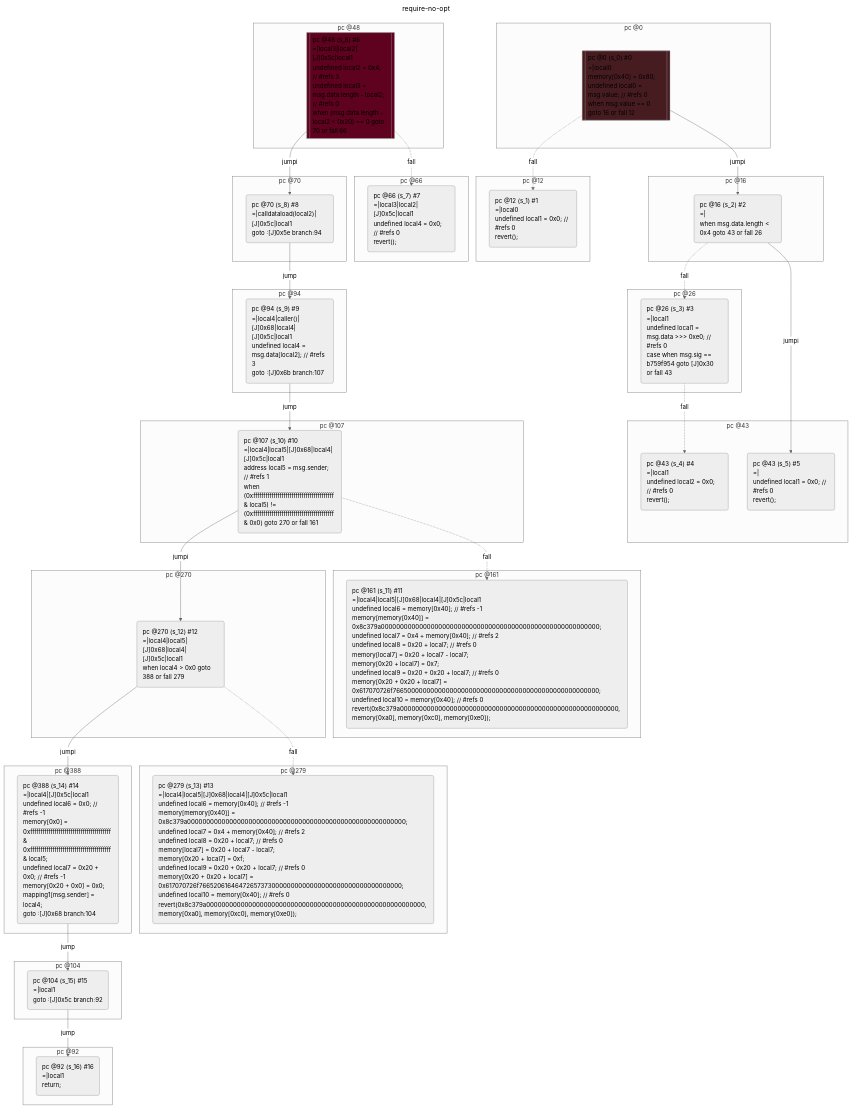
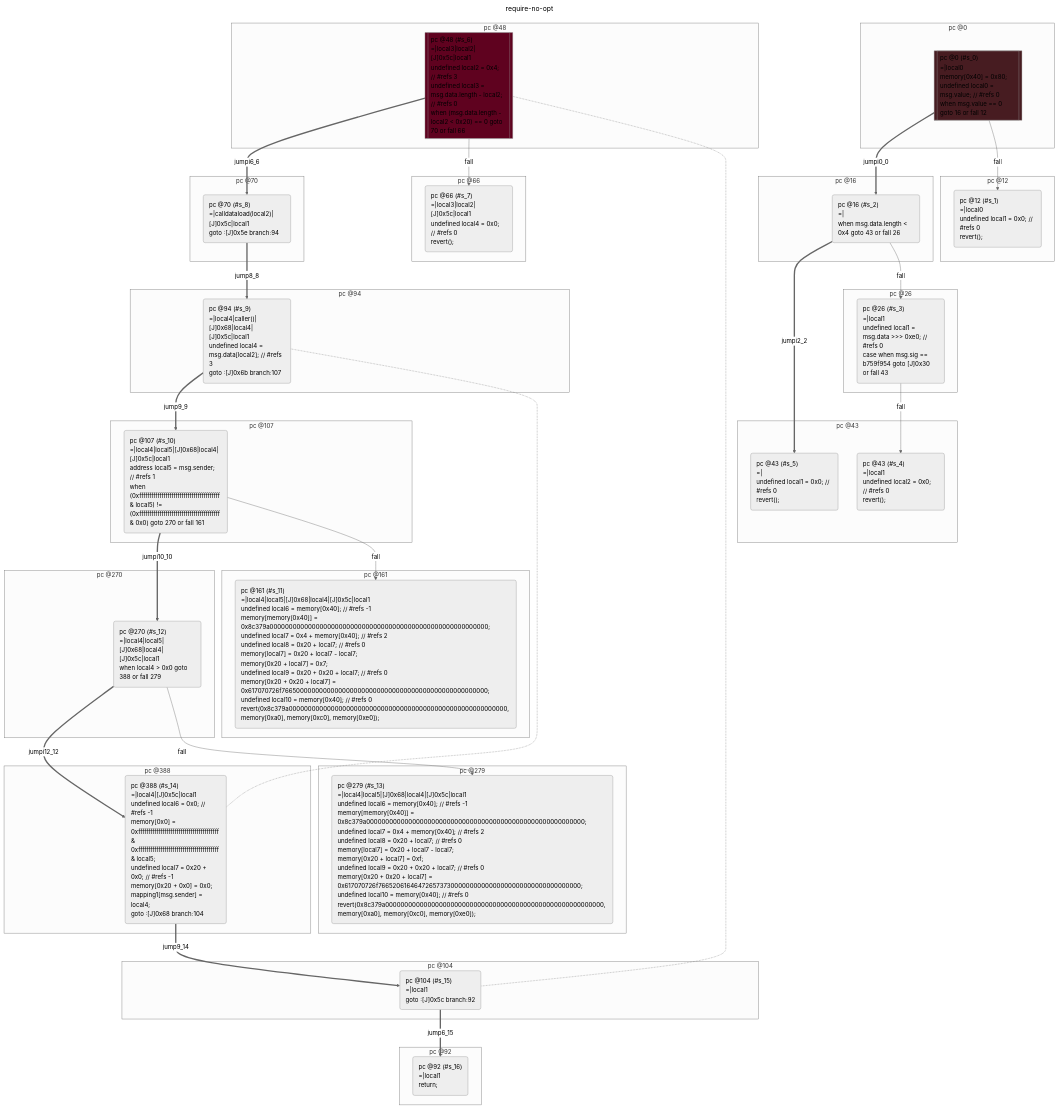
One commit to acuarica/evm changed the first of 2 diagrams in test/__snapshots__/contracts/control/require.snap.md. Above: the diagram before and after it, drawn with Mermaid (neutral theme). The commit also changed other lines of this file and 25 other files, not shown here.

````diff
--- a/test/__snapshots__/contracts/control/require.snap.md
+++ b/test/__snapshots__/contracts/control/require.snap.md
@@ -82,7 +82,7 @@
 flowchart TD
   classDef state text-align:left
   subgraph cluster_0 ["pc @0"]
-    s_0[["pc @0 (s_0) #0
+    s_0[["pc @0 (#s_0)
 =|local0
 memory[0x40] = 0x80;
 undefined local0 = msg.value; // #refs 0
@@ -92,7 +92,7 @@
     style s_0 fill:#471C21
   end
   subgraph cluster_12 ["pc @12"]
-    s_1("pc @12 (s_1) #1
+    s_1("pc @12 (#s_1)
 =|local0
 undefined local1 = 0x0; // #refs 0
 revert();
@@ -100,14 +100,14 @@
     class s_1 state
   end
   subgraph cluster_16 ["pc @16"]
-    s_2("pc @16 (s_2) #2
+    s_2("pc @16 (#s_2)
 =|
 when msg.data.length < 0x4 goto 43 or fall 26
 ")
     class s_2 state
   end
   subgraph cluster_26 ["pc @26"]
-    s_3("pc @26 (s_3) #3
+    s_3("pc @26 (#s_3)
 =|local1
 undefined local1 = msg.data >>> 0xe0; // #refs 0
 case when msg.sig == b759f954 goto [J]0x30 or fall 43
@@ -115,13 +115,13 @@
     class s_3 state
   end
   subgraph cluster_43 ["pc @43"]
-    s_4("pc @43 (s_4) #4
+    s_4("pc @43 (#s_4)
 =|local1
 undefined local2 = 0x0; // #refs 0
 revert();
 ")
     class s_4 state
-    s_5("pc @43 (s_5) #5
+    s_5("pc @43 (#s_5)
 =|
 undefined local1 = 0x0; // #refs 0
 revert();
@@ -129,7 +129,7 @@
     class s_5 state
   end
   subgraph cluster_48 ["pc @48"]
-    s_6[["pc @48 (s_6) #6
+    s_6[["pc @48 (#s_6)
 =|local3|local2|[J]0x5c|local1
 undefined local2 = 0x4; // #refs 3
 undefined local3 = msg.data.length - local2; // #refs 0
@@ -139,7 +139,7 @@
     style s_6 fill:#5F021F
   end
   subgraph cluster_66 ["pc @66"]
-    s_7("pc @66 (s_7) #7
+    s_7("pc @66 (#s_7)
 =|local3|local2|[J]0x5c|local1
 undefined local4 = 0x0; // #refs 0
 revert();
@@ -147,14 +147,14 @@
     class s_7 state
   end
   subgraph cluster_70 ["pc @70"]
-    s_8("pc @70 (s_8) #8
+    s_8("pc @70 (#s_8)
 =|calldataload(local2)|[J]0x5c|local1
 goto :[J]0x5e branch:94
 ")
     class s_8 state
   end
   subgraph cluster_94 ["pc @94"]
-    s_9("pc @94 (s_9) #9
+    s_9("pc @94 (#s_9)
 =|local4|caller()|[J]0x68|local4|[J]0x5c|local1
 undefined local4 = msg.data[local2]; // #refs 3
 goto :[J]0x6b branch:107
@@ -162,7 +162,7 @@
     class s_9 state
   end
   subgraph cluster_107 ["pc @107"]
-    s_10("pc @107 (s_10) #10
+    s_10("pc @107 (#s_10)
 =|local4|local5|[J]0x68|local4|[J]0x5c|local1
 address local5 = msg.sender; // #refs 1
 when (0xffffffffffffffffffffffffffffffffffffffff & local5) != (0xffffffffffffffffffffffffffffffffffffffff & 0x0) goto 270 or fall 161
@@ -170,7 +170,7 @@
     class s_10 state
   end
   subgraph cluster_161 ["pc @161"]
-    s_11("pc @161 (s_11) #11
+    s_11("pc @161 (#s_11)
 =|local4|local5|[J]0x68|local4|[J]0x5c|local1
 undefined local6 = memory[0x40]; // #refs -1
 memory[memory[0x40]] = 0x8c379a000000000000000000000000000000000000000000000000000000000;
@@ -186,14 +186,14 @@
     class s_11 state
   end
   subgraph cluster_270 ["pc @270"]
-    s_12("pc @270 (s_12) #12
+    s_12("pc @270 (#s_12)
 =|local4|local5|[J]0x68|local4|[J]0x5c|local1
 when local4 > 0x0 goto 388 or fall 279
 ")
     class s_12 state
   end
   subgraph cluster_279 ["pc @279"]
-    s_13("pc @279 (s_13) #13
+    s_13("pc @279 (#s_13)
 =|local4|local5|[J]0x68|local4|[J]0x5c|local1
 undefined local6 = memory[0x40]; // #refs -1
 memory[memory[0x40]] = 0x8c379a000000000000000000000000000000000000000000000000000000000;
@@ -209,7 +209,7 @@
     class s_13 state
   end
   subgraph cluster_388 ["pc @388"]
-    s_14("pc @388 (s_14) #14
+    s_14("pc @388 (#s_14)
 =|local4|[J]0x5c|local1
 undefined local6 = 0x0; // #refs -1
 memory[0x0] = 0xffffffffffffffffffffffffffffffffffffffff & 0xffffffffffffffffffffffffffffffffffffffff & local5;
@@ -221,33 +221,35 @@
     class s_14 state
   end
   subgraph cluster_104 ["pc @104"]
-    s_15("pc @104 (s_15) #15
+    s_15("pc @104 (#s_15)
 =|local1
 goto :[J]0x5c branch:92
 ")
     class s_15 state
   end
   subgraph cluster_92 ["pc @92"]
-    s_16("pc @92 (s_16) #16
+    s_16("pc @92 (#s_16)
 =|local1
 return;
 ")
     class s_16 state
   end
-  s_0 -- jumpi --> s_2;
-  s_0 -. fall .-> s_1;
-  s_2 -- jumpi --> s_5;
-  s_2 -. fall .-> s_3;
-  s_3 -. fall .-> s_4;
-  s_6 -- jumpi --> s_8;
-  s_6 -. fall .-> s_7;
-  s_8 -- jump --> s_9;
-  s_9 -- jump --> s_10;
-  s_10 -- jumpi --> s_12;
-  s_10 -. fall .-> s_11;
-  s_12 -- jumpi --> s_14;
-  s_12 -. fall .-> s_13;
-  s_14 -- jump --> s_15;
-  s_15 -- jump --> s_16;
+  s_0 == jumpi0_0 ==> s_2;
+  s_0 -- fall --> s_1;
+  s_2 == jumpi2_2 ==> s_5;
+  s_2 -- fall --> s_3;
+  s_3 -- fall --> s_4;
+  s_6 == jumpi6_6 ==> s_8;
+  s_6 -- fall --> s_7;
+  s_8 == jump8_8 ==> s_9;
+  s_9 == jump9_9 ==> s_10;
+  s_10 == jumpi10_10 ==> s_12;
+  s_10 -- fall --> s_11;
+  s_12 == jumpi12_12 ==> s_14;
+  s_12 -- fall --> s_13;
+  s_14 == jump9_14 ==> s_15;
+  s_9 -...- s_14;
+  s_15 == jump6_15 ==> s_16;
+  s_6 -...- s_15;
 
 ```
````
